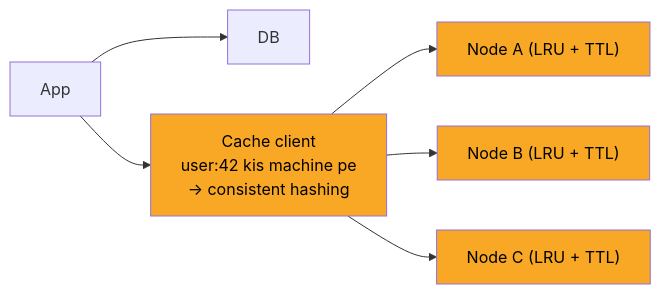
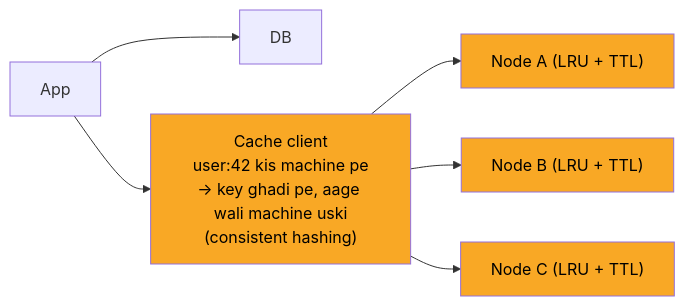
Before and after one commit to ArpanMaheshwari144/Prep: the third of 8 diagrams in 04_HLD/SYSTEM_DESIGNS/10_distributed_cache/10_distributed_cache.md, drawn with Mermaid. The commit also changed other lines of this file and 13 other files, not shown here.

````diff
--- a/04_HLD/SYSTEM_DESIGNS/10_distributed_cache/10_distributed_cache.md
+++ b/04_HLD/SYSTEM_DESIGNS/10_distributed_cache/10_distributed_cache.md
@@ -128,18 +128,18 @@
 ```mermaid
 flowchart LR
     n_App["App"]
     n_DB["DB"]
-    n_Cache_client["Cache client<br/>user:42 kis machine pe<br/>-> consistent hashing"]
+    n_Cache_client["Cache client<br/>user:42 kis machine pe<br/>-> key ghadi pe, aage wali machine uski<br/>(consistent hashing)"]
     n_Node_A["Node A (LRU + TTL)"]
     n_Node_B["Node B (LRU + TTL)"]
     n_Node_C["Node C (LRU + TTL)"]
     n_App --> n_DB
     n_App --> n_Cache_client
     n_Cache_client --> n_Node_A
     n_Cache_client --> n_Node_B
     n_Cache_client --> n_Node_C
     style n_Cache_client fill:#f9a825,color:#000
     style n_Node_A fill:#f9a825,color:#000
     style n_Node_B fill:#f9a825,color:#000
     style n_Node_C fill:#f9a825,color:#000
 ```
````
